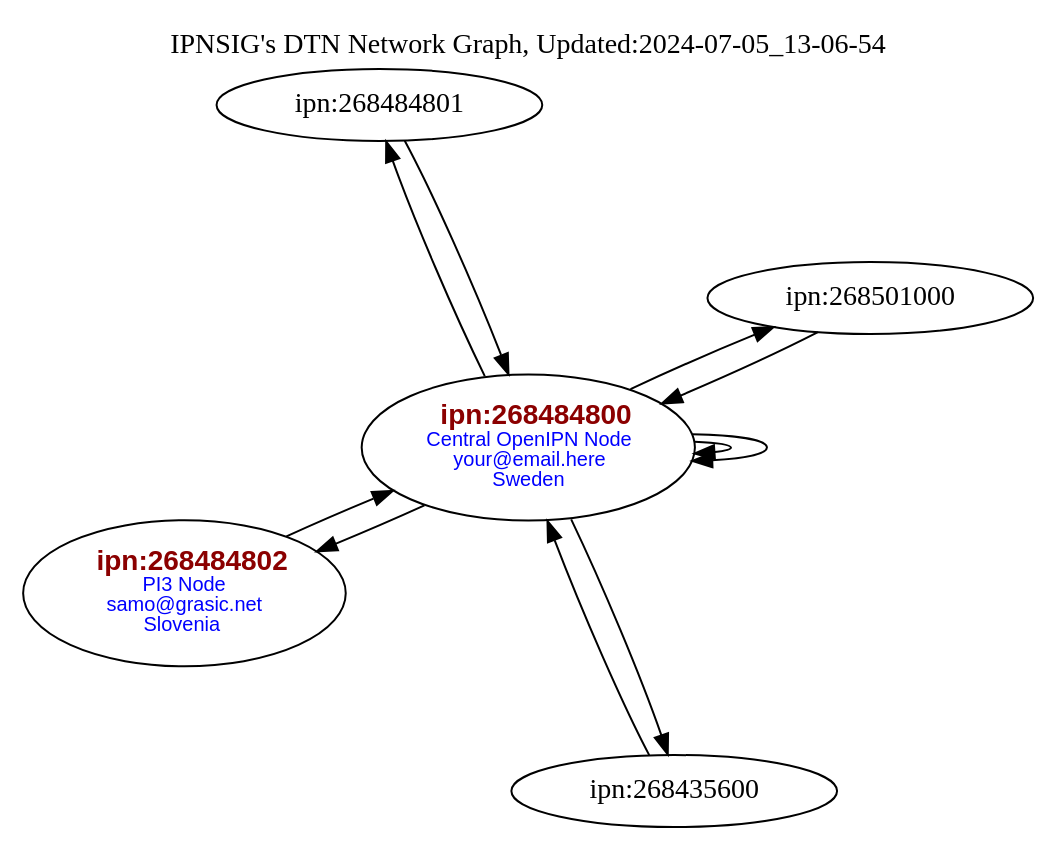
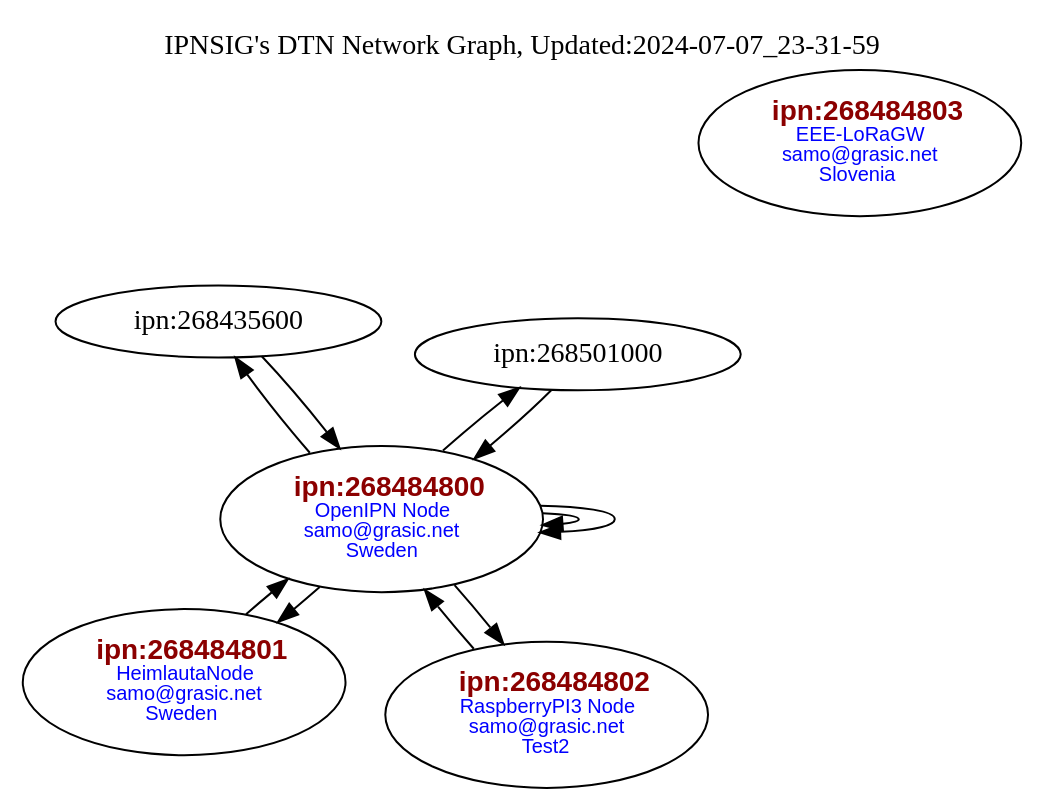
Before and after one commit to samograsic/ion-dtn-dtnex: the diagram in contactGraph.gv, drawn with Graphviz. The commit also changed 8 other files, not shown here.

```diff
--- a/contactGraph.gv
+++ b/contactGraph.gv
@@ -1,14 +1,16 @@
 digraph G { layout=neato; overlap=false;
-"ipn:268484802" [label=< <FONT POINT-SIZE="14" FACE="Arial" COLOR="darkred"><B>ipn:268484802</B></FONT><BR/><FONT POINT-SIZE="10" FACE="Arial" COLOR="blue">PI3 Node<br/>samo&#64;grasic&#46;net<br/>Slovenia </FONT>>];
-"ipn:268484800" [label=< <FONT POINT-SIZE="14" FACE="Arial" COLOR="darkred"><B>ipn:268484800</B></FONT><BR/><FONT POINT-SIZE="10" FACE="Arial" COLOR="blue">Central OpenIPN Node<br/>your&#64;email&#46;here<br/>Sweden</FONT>>];
+"ipn:268484801" [label=< <FONT POINT-SIZE="14" FACE="Arial" COLOR="darkred"><B>ipn:268484801</B></FONT><BR/><FONT POINT-SIZE="10" FACE="Arial" COLOR="blue">HeimlautaNode<br/>samo&#64;grasic&#46;net<br/>Sweden </FONT>>];
+"ipn:268484802" [label=< <FONT POINT-SIZE="14" FACE="Arial" COLOR="darkred"><B>ipn:268484802</B></FONT><BR/><FONT POINT-SIZE="10" FACE="Arial" COLOR="blue">RaspberryPI3 Node<br/>samo&#64;grasic&#46;net<br/>Test2</FONT>>];
+"ipn:268484803" [label=< <FONT POINT-SIZE="14" FACE="Arial" COLOR="darkred"><B>ipn:268484803</B></FONT><BR/><FONT POINT-SIZE="10" FACE="Arial" COLOR="blue">EEE-LoRaGW<br/>samo&#64;grasic&#46;net<br/>Slovenia </FONT>>];
+"ipn:268484800" [label=< <FONT POINT-SIZE="14" FACE="Arial" COLOR="darkred"><B>ipn:268484800</B></FONT><BR/><FONT POINT-SIZE="10" FACE="Arial" COLOR="blue">OpenIPN Node<br/>samo&#64;grasic&#46;net<br/>Sweden</FONT>>];
 "ipn:268435600" -> "ipn:268484800"
 "ipn:268484800" -> "ipn:268435600"
 "ipn:268484800" -> "ipn:268484800"
 "ipn:268484800" -> "ipn:268484800"
 "ipn:268484800" -> "ipn:268484801"
 "ipn:268484800" -> "ipn:268484802"
 "ipn:268484800" -> "ipn:268501000"
 "ipn:268484801" -> "ipn:268484800"
 "ipn:268484802" -> "ipn:268484800"
 "ipn:268501000" -> "ipn:268484800"
-labelloc="t"; label="IPNSIG's DTN Network Graph, Updated:2024-07-05_13-06-54"}
+labelloc="t"; label="IPNSIG's DTN Network Graph, Updated:2024-07-07_23-31-59"}
```
